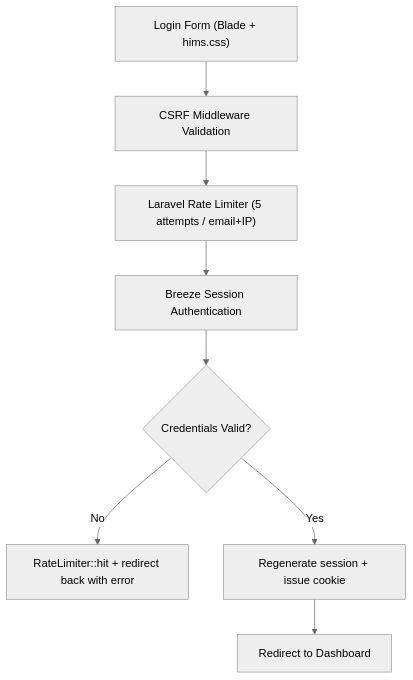
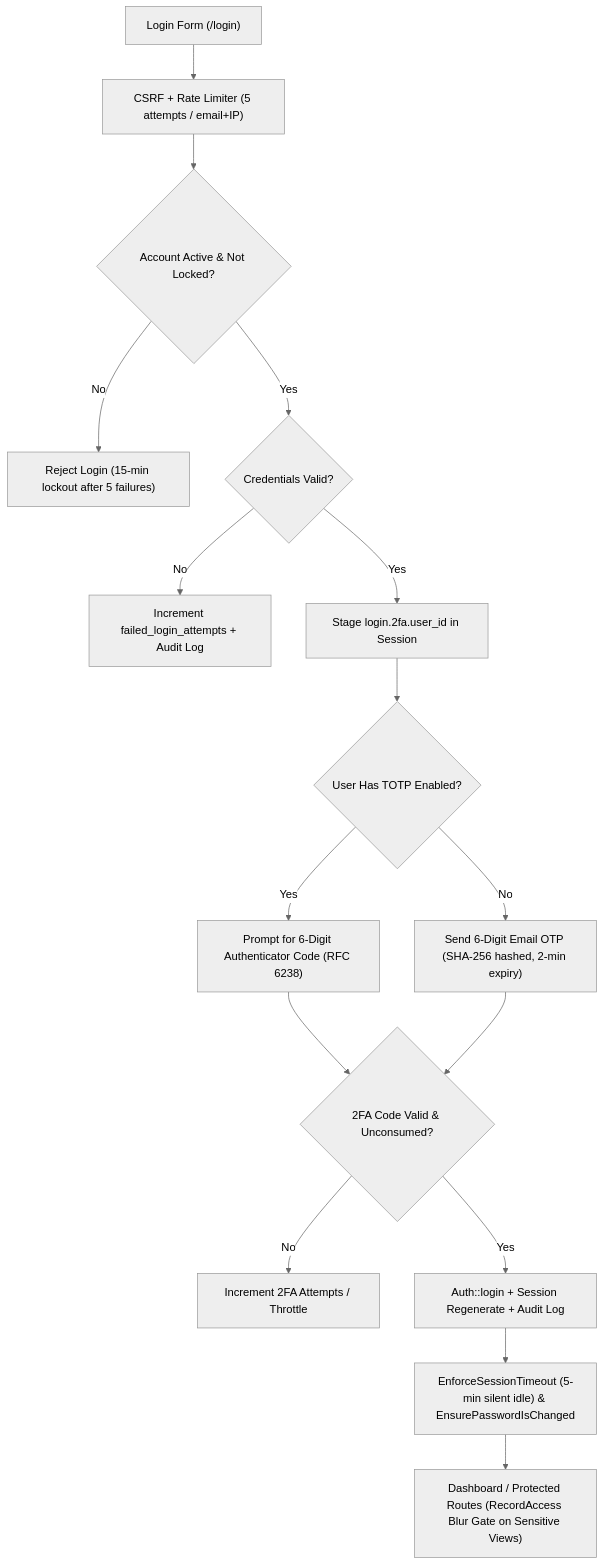
The third of 3 diagrams in HIMS_SYSTEM_DOCUMENTATION.md (shikabane277/HIMS-v2), drawn with Mermaid (neutral theme) before and after one commit. The commit also changed other lines of this file and 5 other files, not shown here.

Commit message:
docs: synchronize architecture diagrams, ER diagram, security flows, and documentation for v2.6.0

````diff
--- a/HIMS_SYSTEM_DOCUMENTATION.md
+++ b/HIMS_SYSTEM_DOCUMENTATION.md
@@ -1454,10 +1470,18 @@
 ```mermaid
 graph TD
-    A["Login Form (Blade + hims.css)"] --> B["CSRF Middleware Validation"]
-    B --> C["Laravel Rate Limiter (5 attempts / email+IP)"]
-    C --> D["Breeze Session Authentication"]
-    D --> E{"Credentials Valid?"}
-    E -- No --> F["RateLimiter::hit + redirect back with error"]
-    E -- Yes --> I["Regenerate session + issue cookie"]
-    I --> J["Redirect to Dashboard"]
+    A["Login Form (/login)"] --> B["CSRF + Rate Limiter (5 attempts / email+IP)"]
+    B --> C{"Account Active & Not Locked?"}
+    C -- No --> D["Reject Login (15-min lockout after 5 failures)"]
+    C -- Yes --> E{"Credentials Valid?"}
+    E -- No --> F["Increment failed_login_attempts + Audit Log"]
+    E -- Yes --> G["Stage login.2fa.user_id in Session"]
+    G --> H{"User Has TOTP Enabled?"}
+    H -- Yes --> I["Prompt for 6-Digit Authenticator Code (RFC 6238)"]
+    H -- No --> J["Send 6-Digit Email OTP (SHA-256 hashed, 2-min expiry)"]
+    I --> K{"2FA Code Valid & Unconsumed?"}
+    J --> K
+    K -- No --> L["Increment 2FA Attempts / Throttle"]
+    K -- Yes --> M["Auth::login + Session Regenerate + Audit Log"]
+    M --> N["EnforceSessionTimeout (5-min silent idle) & EnsurePasswordIsChanged"]
+    N --> O["Dashboard / Protected Routes (RecordAccess Blur Gate on Sensitive Views)"]
 ```
````
